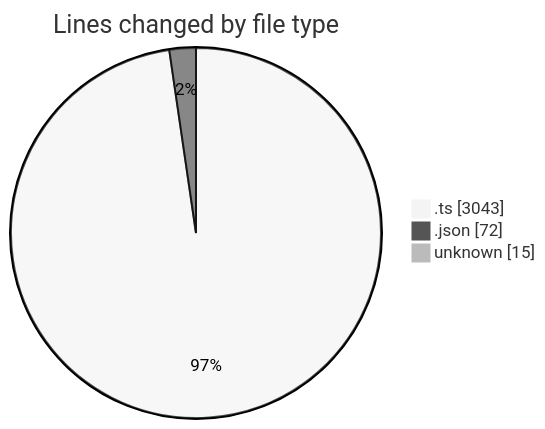
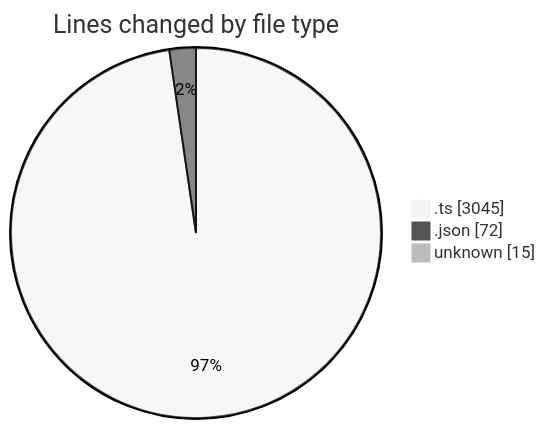
The first of 2 diagrams in 2025-09-10/hiai-phf/README.md (lephambinh05/code-tracking), drawn with Mermaid (neutral theme) before and after one commit. The commit also changed other lines of this file and 1 other file, not shown here.

````diff
--- a/2025-09-10/hiai-phf/README.md
+++ b/2025-09-10/hiai-phf/README.md
@@ -29,7 +29,7 @@
 ```mermaid
 pie showData
 title Lines changed by file type
-".ts" : 3043
+".ts" : 3045
 ".json" : 72
 "unknown" : 15
 ```
````
